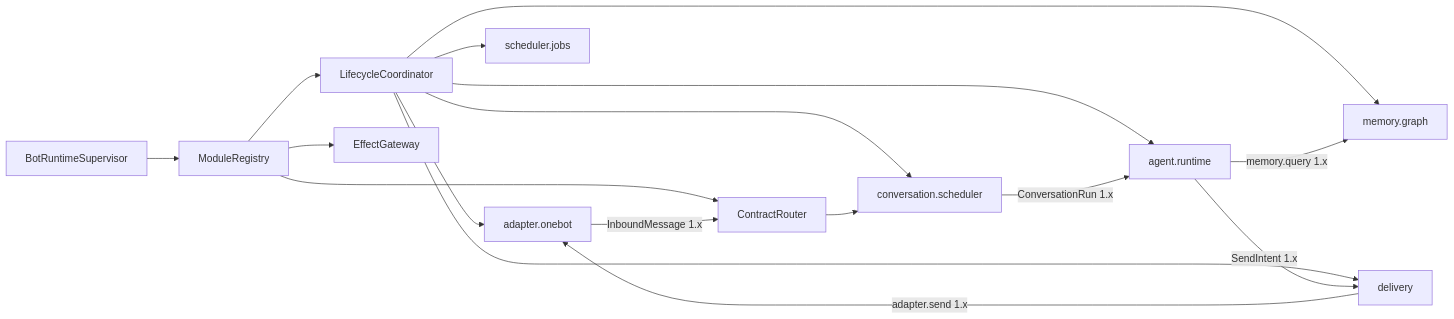
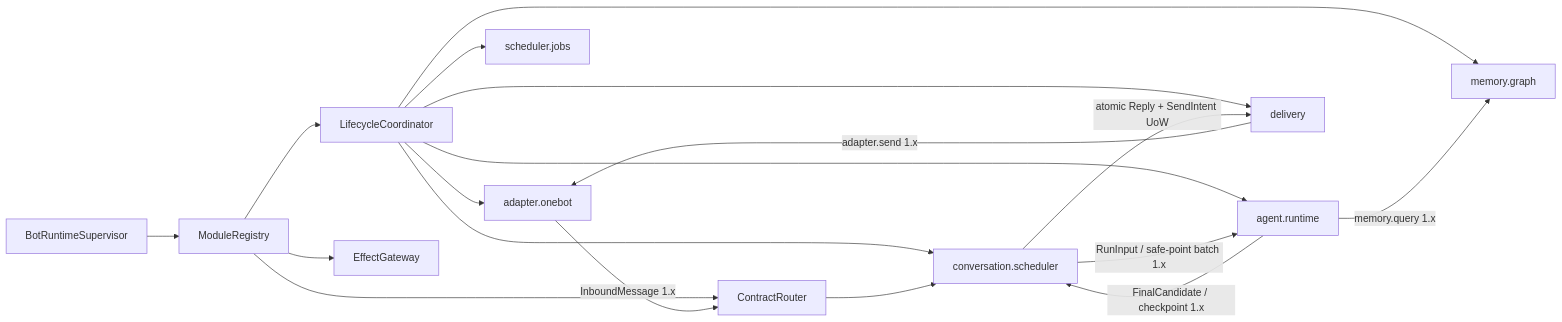
One commit to sjrsjz/forest changed the diagram in doc/13-microkernel-control-plane-redesign.md. Above: the diagram before and after it, drawn with Mermaid. The commit also changed other lines of this file and 20 other files, not shown here.

````diff
--- a/doc/13-microkernel-control-plane-redesign.md
+++ b/doc/13-microkernel-control-plane-redesign.md
@@ -30,19 +30,20 @@
 ```mermaid
 flowchart LR
   BS[BotRuntimeSupervisor] --> RG[ModuleRegistry]
   RG --> LC[LifecycleCoordinator]
   RG --> CR[ContractRouter]
   RG --> EG[EffectGateway]
   LC --> A[adapter.onebot]
   LC --> Q[conversation.scheduler]
   LC --> G[agent.runtime]
   LC --> M[memory.graph]
   LC --> D[delivery]
   LC --> J[scheduler.jobs]
   A -->|InboundMessage 1.x| CR
   CR --> Q
-  Q -->|ConversationRun 1.x| G
+  Q -->|RunInput / safe-point batch 1.x| G
   G -->|memory.query 1.x| M
-  G -->|SendIntent 1.x| D
+  G -->|FinalCandidate / checkpoint 1.x| Q
+  Q -->|atomic Reply + SendIntent UoW| D
   D -->|adapter.send 1.x| A
 ```
````
